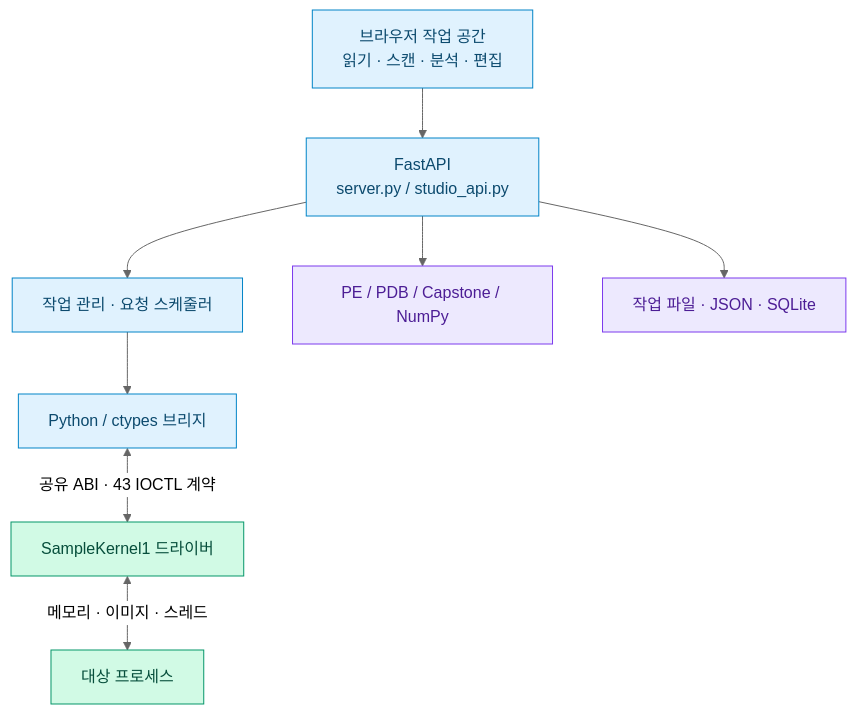
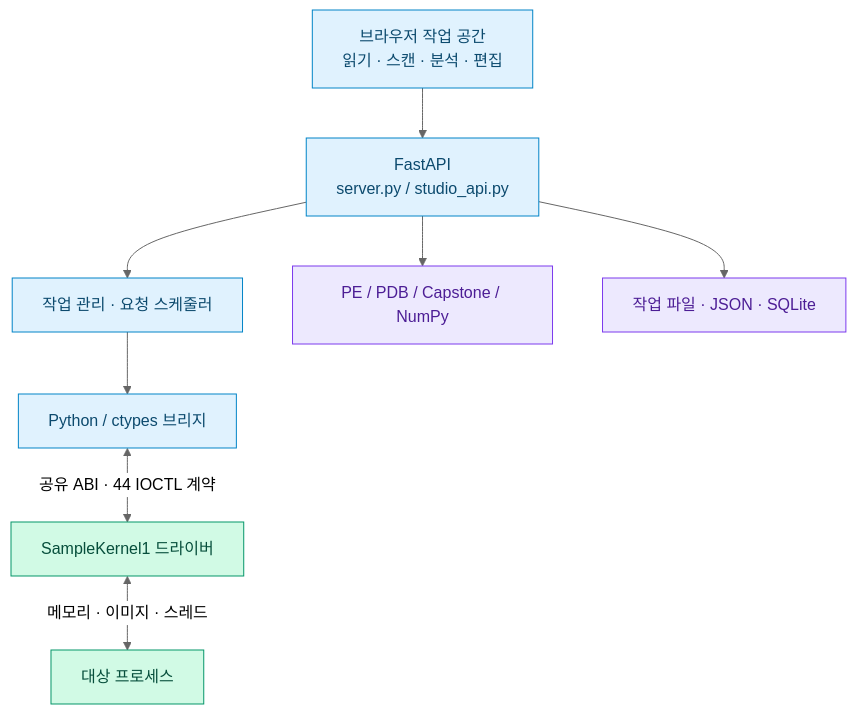
Before and after one commit to lastime1650/Kernel_Based_ProcessMemory_Editor: the first of 2 diagrams in README.md, drawn with Mermaid (neutral theme). The commit also changed other lines of this file and 49 other files, not shown here.

````diff
--- a/README.md
+++ b/README.md
@@ -121,16 +144,16 @@
 ```mermaid
 flowchart TB
     UI["브라우저 작업 공간<br/>읽기 · 스캔 · 분석 · 편집"] --> API["FastAPI<br/>server.py / studio_api.py"]
     API --> Jobs["작업 관리 · 요청 스케줄러"]
     Jobs --> Bridge["Python / ctypes 브리지"]
-    Bridge <-->|"공유 ABI · 43 IOCTL 계약"| Driver["SampleKernel1 드라이버"]
+    Bridge <-->|"공유 ABI · 44 IOCTL 계약"| Driver["SampleKernel1 드라이버"]
     Driver <-->|"메모리 · 이미지 · 스레드"| Target["대상 프로세스"]
     API --> Analysis["PE / PDB / Capstone / NumPy"]
     API --> Store["작업 파일 · JSON · SQLite"]
     classDef ui fill:#e0f2fe,stroke:#0284c7,color:#0c4a6e;
     classDef kernel fill:#d1fae5,stroke:#059669,color:#064e3b;
     classDef local fill:#ede9fe,stroke:#7c3aed,color:#4c1d95;
     class UI,API,Jobs,Bridge ui;
     class Driver,Target kernel;
     class Analysis,Store local;
 ```
````
